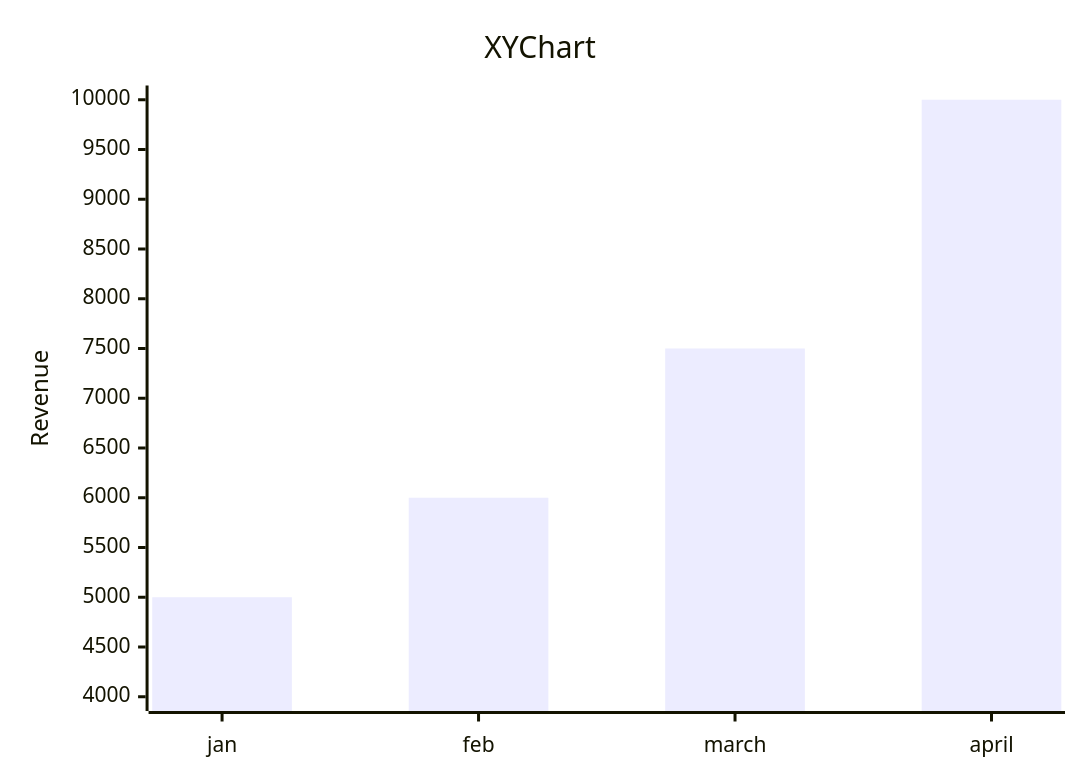
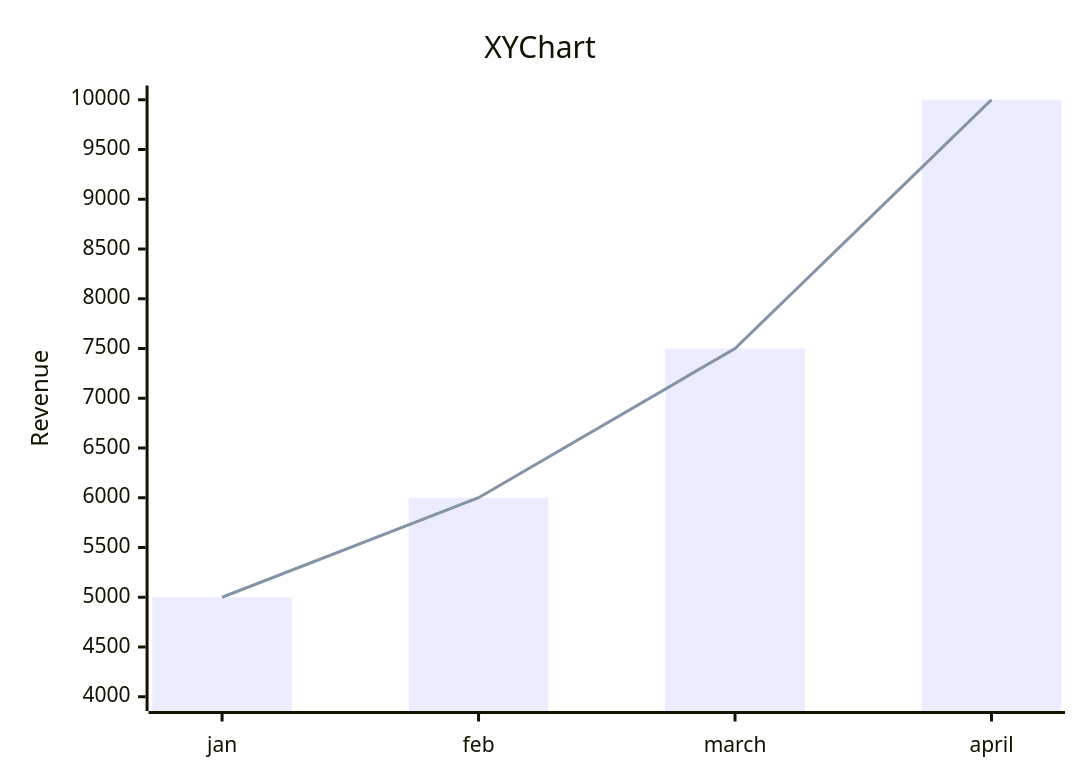
The seventh of 7 diagrams in mermaid.md (singhanmolpreet/mermaid), drawn with Mermaid before and after one commit.

````diff
--- a/mermaid.md
+++ b/mermaid.md
@@ -76,7 +76,8 @@
 ```mermaid
 xychart-beta
     title XY Chart
     x-axis [jan,feb,march,april]
     y-axis "Revenue" 4000 --> 10000
     bar [5000, 6000, 7500, 10000]
+    line [5000, 6000, 7500, 10000]
 ```
````
